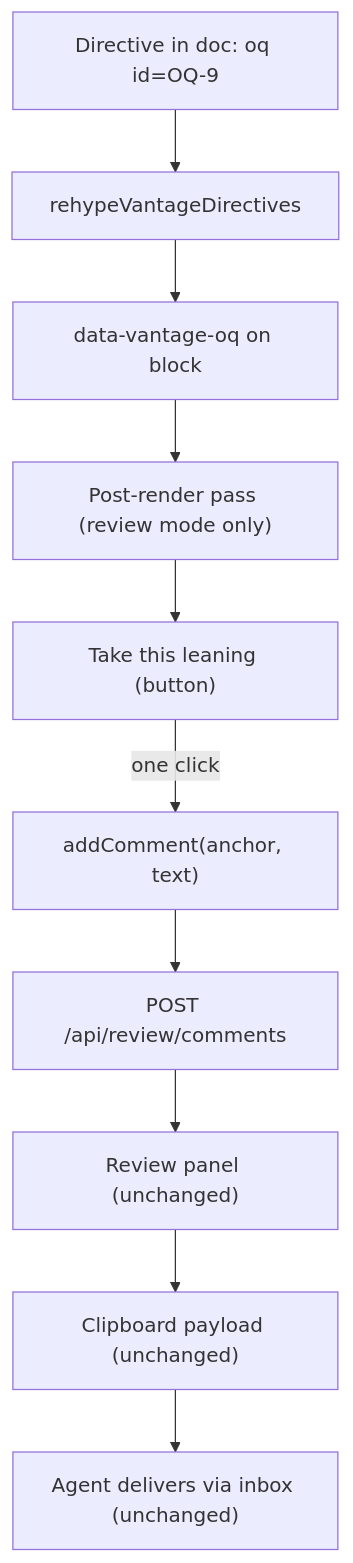
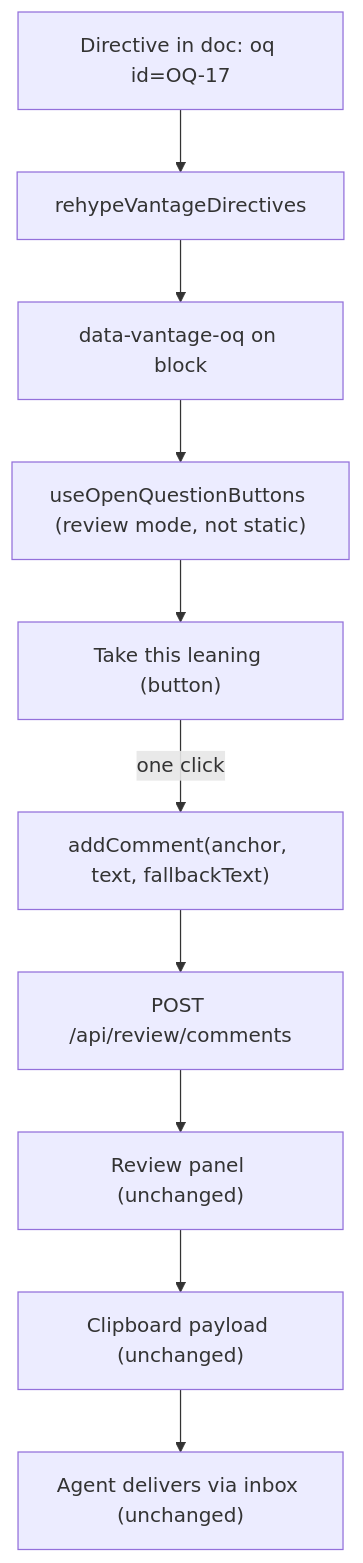
Before and after one commit to mschulkind-oss/vantage: the diagram in docs/design/inline-markup.md, drawn with Mermaid. The commit also changed other lines of this file, not shown here.

````diff
--- a/docs/design/inline-markup.md
+++ b/docs/design/inline-markup.md
@@ -506,12 +827,12 @@
 ```mermaid
 flowchart TD
-    dir["Directive in doc: oq id=OQ-9"] --> plug["rehypeVantageDirectives"]
+    dir["Directive in doc: oq id=OQ-17"] --> plug["rehypeVantageDirectives"]
     plug --> attr["data-vantage-oq on block"]
-    attr --> hook["Post-render pass (review mode only)"]
+    attr --> hook["useOpenQuestionButtons (review mode, not static)"]
     hook --> btn["Take this leaning (button)"]
-    btn -->|"one click"| add["addComment(anchor, text)"]
+    btn -->|"one click"| add["addComment(anchor, text, fallbackText)"]
     add --> cmd["POST /api/review/comments"]
     cmd --> panel["Review panel (unchanged)"]
     panel --> clip["Clipboard payload (unchanged)"]
     clip --> inbox["Agent delivers via inbox (unchanged)"]
 ```
````
